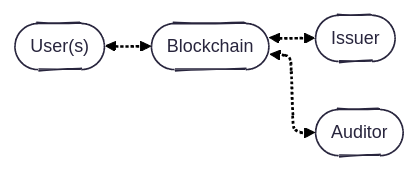
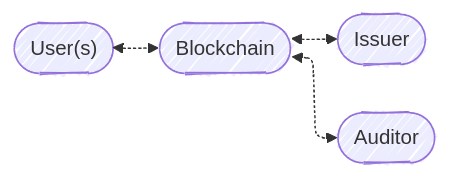
The first of 2 diagrams in enygma_retail_payments/README.md (yaksetig/Enygma), drawn with Mermaid before and after one commit. The commit also changed other lines of this file, not shown here.

````diff
--- a/enygma_retail_payments/README.md
+++ b/enygma_retail_payments/README.md
@@ -16,16 +16,16 @@
 ```mermaid
 ---
 config:
-  theme: redux
+  theme: normal
   layout: elk
   look: handDrawn
 ---
 flowchart LR
     U(["User(s)"])
     B(["Blockchain"])
     I(["Issuer"])
     A(["Auditor"])
 
 
     U <-.-> B <-.-> I & A
 ```
````
